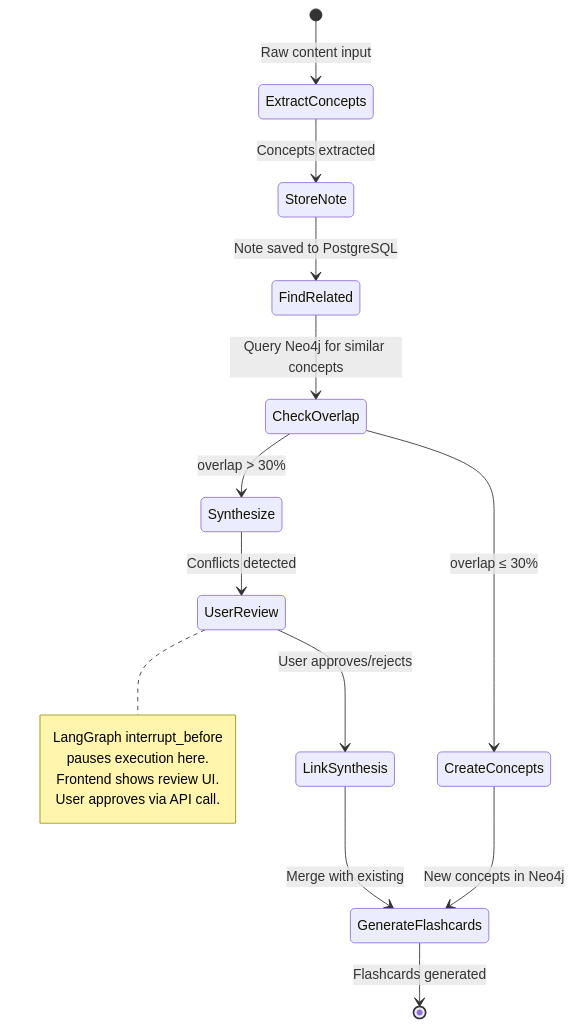
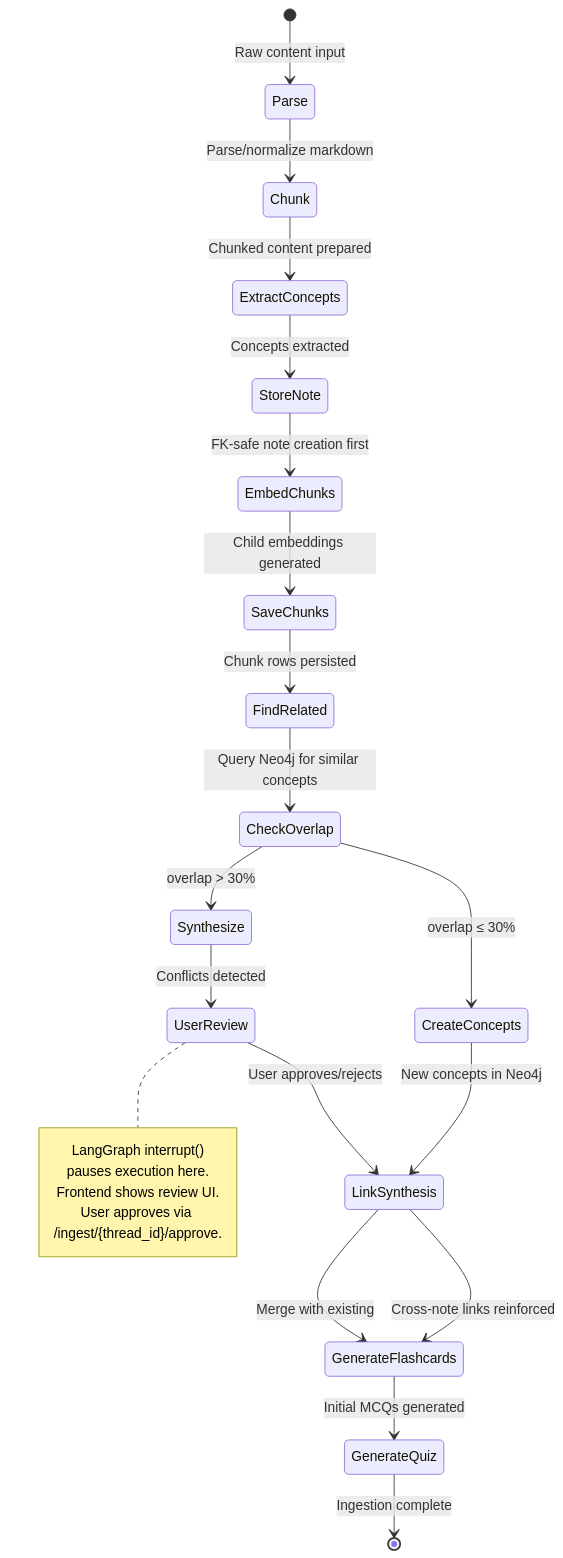
One commit to usnaveen/GraphRecall changed the sixth of 7 diagrams in README.md. Above: the diagram before and after it, drawn with Mermaid. The commit also changed other lines of this file and 6 other files, not shown here.

````diff
--- a/README.md
+++ b/README.md
@@ -680,28 +733,34 @@
 ```mermaid
 stateDiagram-v2
-    [*] --> ExtractConcepts: Raw content input
+    [*] --> Parse: Raw content input
 
+    Parse --> Chunk: Parse/normalize markdown
+    Chunk --> ExtractConcepts: Chunked content prepared
     ExtractConcepts --> StoreNote: Concepts extracted
-    StoreNote --> FindRelated: Note saved to PostgreSQL
+    StoreNote --> EmbedChunks: FK-safe note creation first
+    EmbedChunks --> SaveChunks: Child embeddings generated
+    SaveChunks --> FindRelated: Chunk rows persisted
 
     FindRelated --> CheckOverlap: Query Neo4j for similar concepts
 
     state CheckOverlap <<choice>>
     CheckOverlap --> Synthesize: overlap > 30%
     CheckOverlap --> CreateConcepts: overlap ≤ 30%
 
     Synthesize --> UserReview: Conflicts detected
     UserReview --> LinkSynthesis: User approves/rejects
     LinkSynthesis --> GenerateFlashcards: Merge with existing
 
-    CreateConcepts --> GenerateFlashcards: New concepts in Neo4j
+    CreateConcepts --> LinkSynthesis: New concepts in Neo4j
+    LinkSynthesis --> GenerateFlashcards: Cross-note links reinforced
 
-    GenerateFlashcards --> [*]: Flashcards generated
+    GenerateFlashcards --> GenerateQuiz: Initial MCQs generated
+    GenerateQuiz --> [*]: Ingestion complete
 
     note right of UserReview
-        LangGraph interrupt_before
+        LangGraph interrupt()
         pauses execution here.
         Frontend shows review UI.
-        User approves via API call.
+        User approves via /ingest/{thread_id}/approve.
     end note
 ```
````
